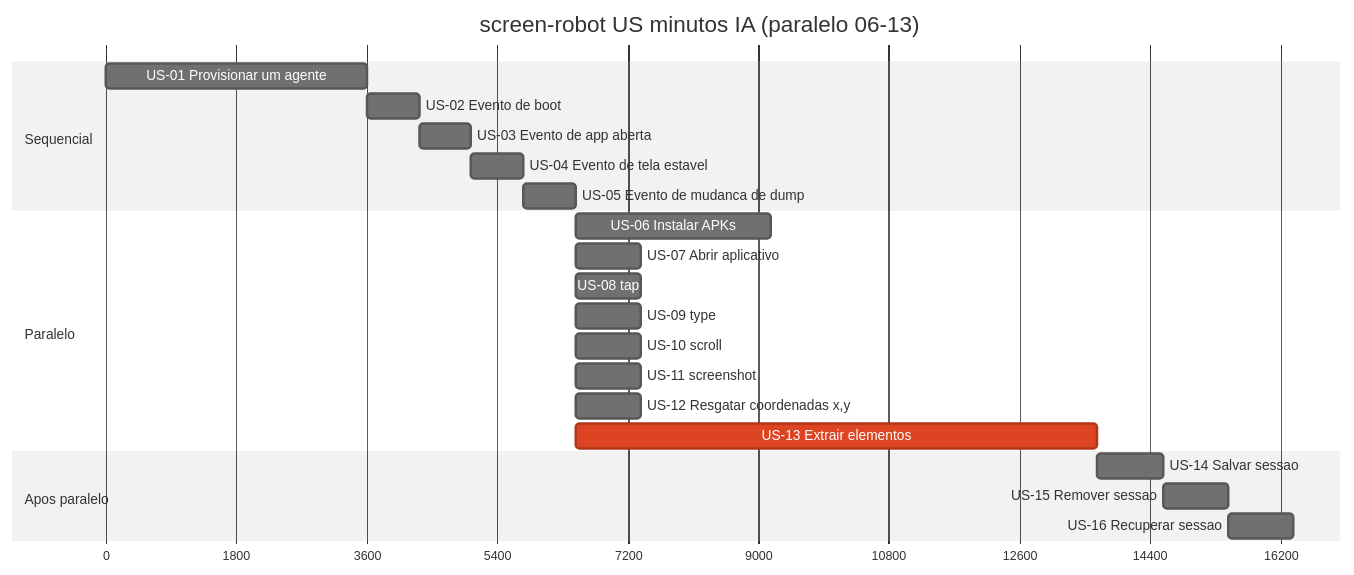
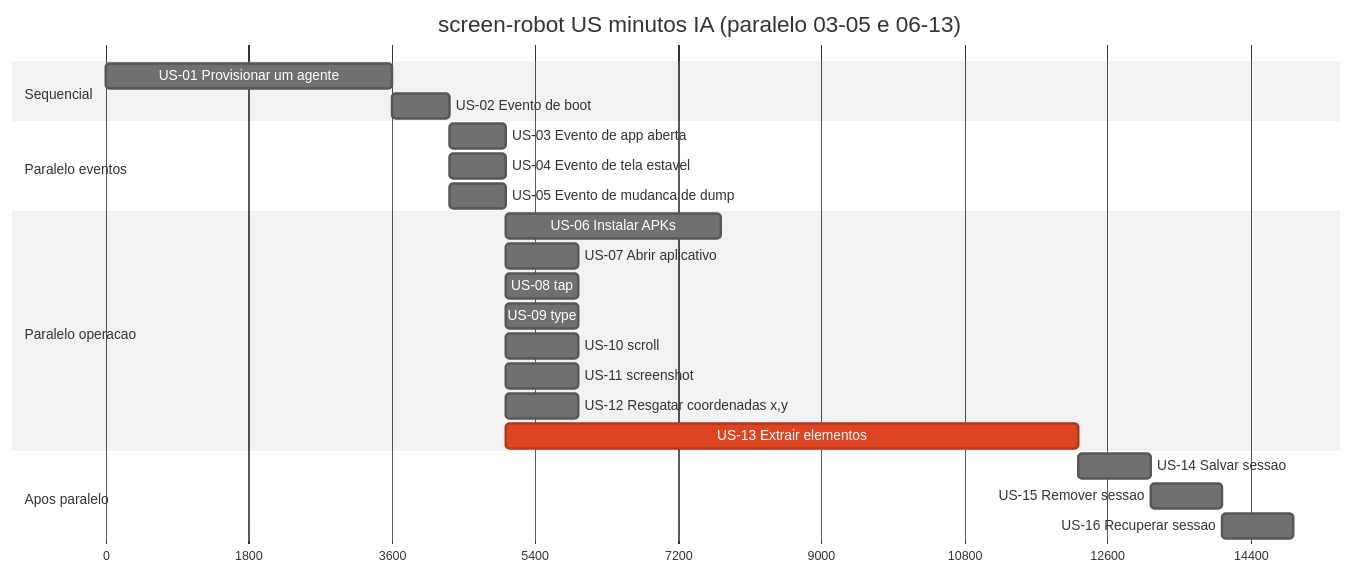
One commit to laerciogermano/workstation changed the diagram in connectmax/screen-robot/roadmap.md. Above: the diagram before and after it, drawn with Mermaid (neutral theme). The commit also changed other lines of this file and 1 other file, not shown here.

Commit message:
Marca US-03..05 como paralelas no roadmap e na árvore (caminho 249 min).

````diff
--- a/connectmax/screen-robot/roadmap.md
+++ b/connectmax/screen-robot/roadmap.md
@@ -13,28 +13,30 @@
 ```mermaid
 gantt
-  title screen-robot US minutos IA (paralelo 06-13)
+  title screen-robot US minutos IA (paralelo 03-05 e 06-13)
   dateFormat X
   axisFormat %s
 
   section Sequencial
   US-01 Provisionar um agente           :us01, 0, 60m
   US-02 Evento de boot                  :us02, after us01, 12m
+
+  section Paralelo eventos
   US-03 Evento de app aberta            :us03, after us02, 12m
-  US-04 Evento de tela estavel          :us04, after us03, 12m
-  US-05 Evento de mudanca de dump       :us05, after us04, 12m
+  US-04 Evento de tela estavel          :us04, after us02, 12m
+  US-05 Evento de mudanca de dump       :us05, after us02, 12m
 
-  section Paralelo
+  section Paralelo operacao
   US-06 Instalar APKs                   :us06, after us05, 45m
   US-07 Abrir aplicativo                :us07, after us05, 15m
   US-08 tap                             :us08, after us05, 15m
   US-09 type                            :us09, after us05, 15m
   US-10 scroll                          :us10, after us05, 15m
   US-11 screenshot                      :us11, after us05, 15m
   US-12 Resgatar coordenadas x,y        :us12, after us05, 15m
   US-13 Extrair elementos               :crit, us13, after us05, 120m
 
   section Apos paralelo
   US-14 Salvar sessao                   :us14, after us13, 15m
   US-15 Remover sessao                  :us15, after us14, 15m
   US-16 Recuperar sessao                :us16, after us15, 15m
 ```
````
